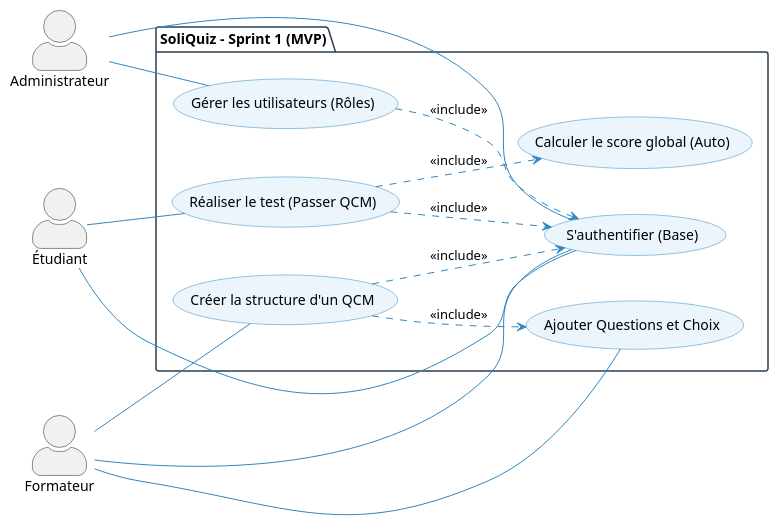
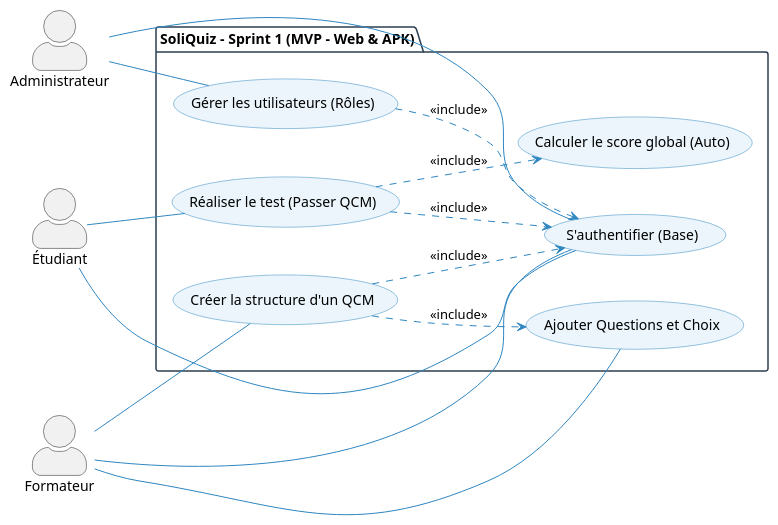
One commit to SoliQuiz/Analyse changed the diagram in cas-utilisation/cas-utilisation-sprint-1-mvp.puml. Above: the diagram before and after it, drawn with PlantUML. The commit also changed 2 other files, not shown here.

Commit message:
feat: Add PlantUML use case diagrams for SoliQuiz global, Sprint 1 MVP, and Sprint 2 advanced features.

```diff
--- a/cas-utilisation/cas-utilisation-sprint-1-mvp.puml
+++ b/cas-utilisation/cas-utilisation-sprint-1-mvp.puml
@@ -1,36 +1,36 @@
 @startuml
 skinparam actorStyle awesome
 left to right direction
 skinparam package {
     BackgroundColor White
     BorderColor #2C3E50
 }
 skinparam usecase {
     BackgroundColor #EBF5FB
     BorderColor #2E86C1
     ArrowColor #2E86C1
 }
 actor "Administrateur" as A
 actor "Formateur" as F
 actor "Étudiant" as E
-package "SoliQuiz - Sprint 1 (MVP)" {
+package "SoliQuiz - Sprint 1 (MVP - Web & APK)" {
     usecase "Gérer les utilisateurs (Rôles)" as UC1_6
     usecase "S'authentifier (Base)" as UC1_5
     usecase "Créer la structure d'un QCM" as UC1_1
     usecase "Ajouter Questions et Choix" as UC1_2
     usecase "Réaliser le test (Passer QCM)" as UC1_3
     usecase "Calculer le score global (Auto)" as UC1_4
 }
 A -- UC1_6
 A -- UC1_5
 F -- UC1_5
 F -- UC1_1
 F -- UC1_2
 E -- UC1_5
 E -- UC1_3
 UC1_1 ..> UC1_2 : <<include>>
 UC1_3 ..> UC1_4 : <<include>>
 UC1_6 ..> UC1_5 : <<include>>
 UC1_1 ..> UC1_5 : <<include>>
 UC1_3 ..> UC1_5 : <<include>>
 @enduml
```
